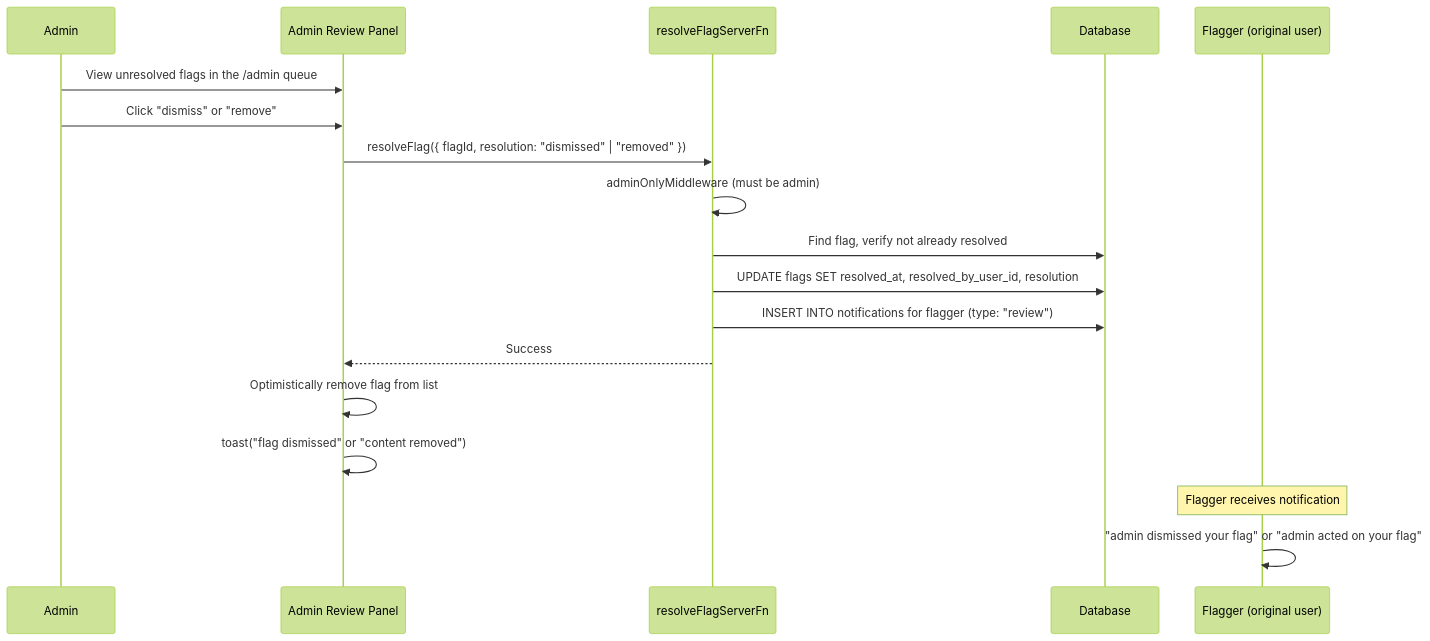
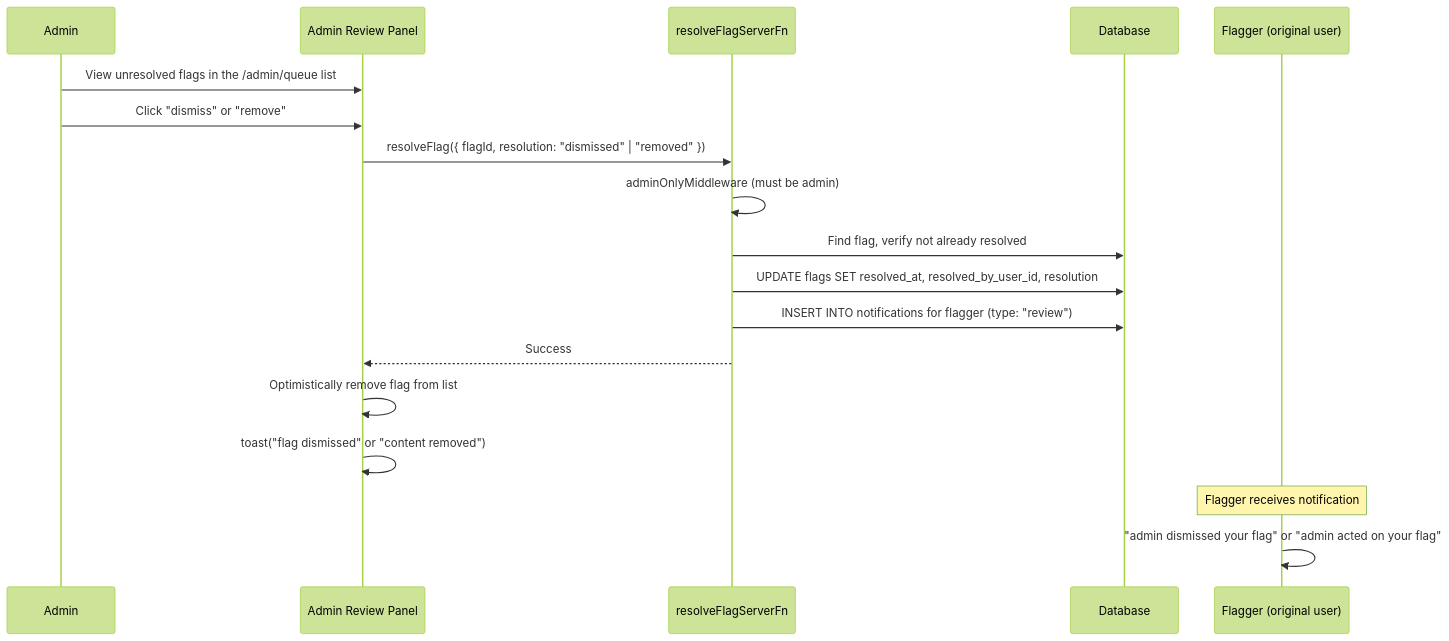
The second of 2 diagrams in docs/flagging.md (jrnxf/une.haus), drawn with Mermaid (forest theme) before and after one commit. The commit also changed other lines of this file and 22 other files, not shown here.

First line of the commit message:
feat(admin): make the overview the admin home, and move the queue to /admin/queue

````diff
--- a/docs/flagging.md
+++ b/docs/flagging.md
@@ -265,25 +265,25 @@
 ```mermaid
 sequenceDiagram
     participant A as Admin
     participant UI as Admin Review Panel
     participant SF as resolveFlagServerFn
     participant DB as Database
     participant F as Flagger (original user)
 
-    A->>UI: View unresolved flags in the /admin queue
+    A->>UI: View unresolved flags in the /admin/queue list
     A->>UI: Click "dismiss" or "remove"
 
     UI->>SF: resolveFlag({ flagId, resolution: "dismissed" | "removed" })
 
     SF->>SF: adminOnlyMiddleware (must be admin)
     SF->>DB: Find flag, verify not already resolved
     SF->>DB: UPDATE flags SET resolved_at, resolved_by_user_id, resolution
     SF->>DB: INSERT INTO notifications for flagger (type: "review")
     SF-->>UI: Success
 
     UI->>UI: Optimistically remove flag from list
     UI->>UI: toast("flag dismissed" or "content removed")
 
     Note over F: Flagger receives notification
     F->>F: "admin dismissed your flag" or "admin acted on your flag"
 ```
````
